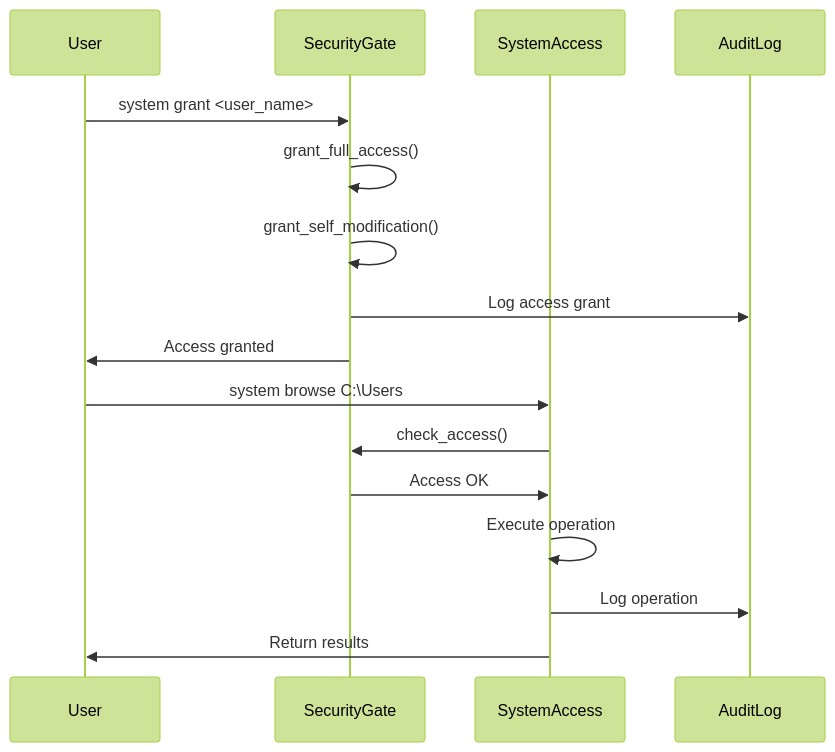
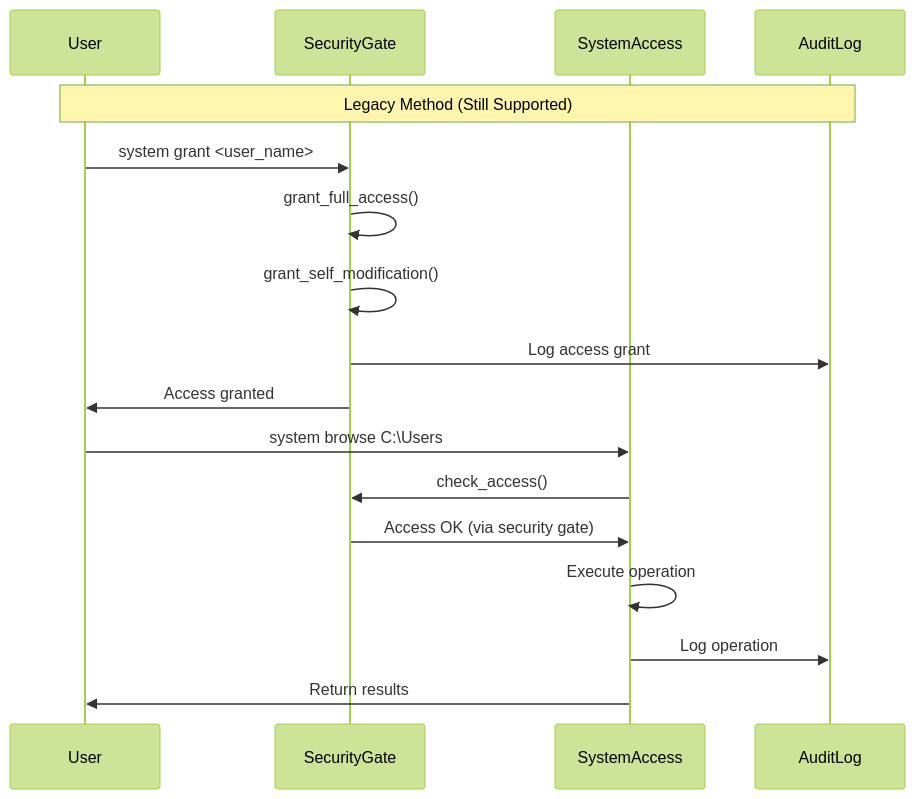
The third of 8 diagrams in guardrails/full_control_access.md (c04ch1337/pagi-documentation), drawn with Mermaid (forest theme) before and after one commit. The commit also changed other lines of this file, not shown here.

First line of the commit message:
Revise access model and documentation for clarity

````diff
--- a/guardrails/full_control_access.md
+++ b/guardrails/full_control_access.md
@@ -214,20 +251,21 @@
 ```mermaid
 sequenceDiagram
     participant User
     participant SecurityGate
     participant SystemAccess
     participant AuditLog
 
+    Note over User,AuditLog: Legacy Method (Still Supported)
     User->>SecurityGate: system grant <user_name>
     SecurityGate->>SecurityGate: grant_full_access()
     SecurityGate->>SecurityGate: grant_self_modification()
     SecurityGate->>AuditLog: Log access grant
     SecurityGate->>User: Access granted
     
     User->>SystemAccess: system browse C:\Users
     SystemAccess->>SecurityGate: check_access()
-    SecurityGate->>SystemAccess: Access OK
+    SecurityGate->>SystemAccess: Access OK (via security gate)
     SystemAccess->>SystemAccess: Execute operation
     SystemAccess->>AuditLog: Log operation
     SystemAccess->>User: Return results
 ```
````
